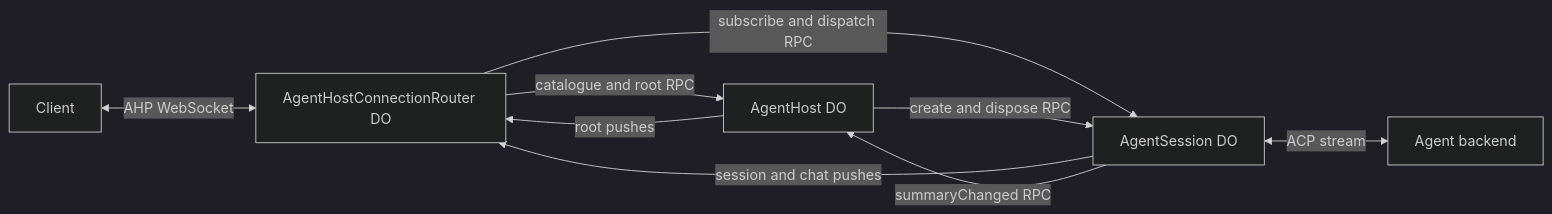
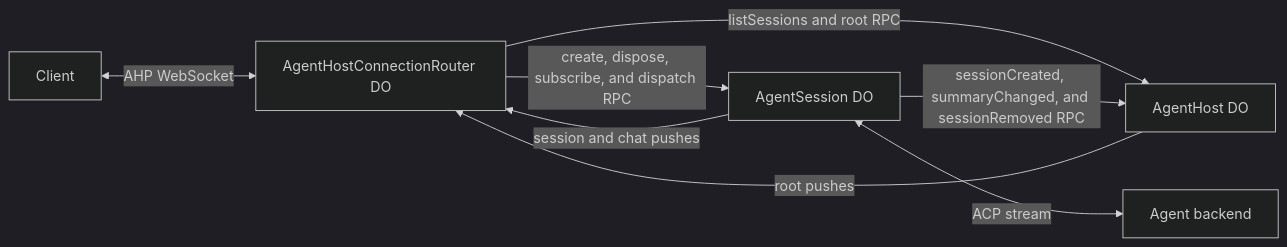
Before and after one commit to natewong1313/experiments: the diagram in apps/agent-host/README.md, drawn with Mermaid (dark theme). The commit also changed other lines of this file and 35 other files, not shown here.

Commit message:
refactor(agent-host): make actions go through session DO first and then have host ack

````diff
--- a/apps/agent-host/README.md
+++ b/apps/agent-host/README.md
@@ -19,11 +24,10 @@
 ```mermaid
 flowchart LR
   Client <-->|AHP WebSocket| Router[AgentHostConnectionRouter DO]
-  Router -->|catalogue and root RPC| Host[AgentHost DO]
-  Router -->|subscribe and dispatch RPC| Session[AgentSession DO]
-  Host -->|create and dispose RPC| Session
+  Router -->|listSessions and root RPC| Host[AgentHost DO]
+  Router -->|create, dispose, subscribe, and dispatch RPC| Session[AgentSession DO]
   Host -->|root pushes| Router
   Session -->|session and chat pushes| Router
-  Session -->|summaryChanged RPC| Host
+  Session -->|sessionCreated, summaryChanged, and sessionRemoved RPC| Host
   Session <-->|ACP stream| Backend[Agent backend]
 ```
````
